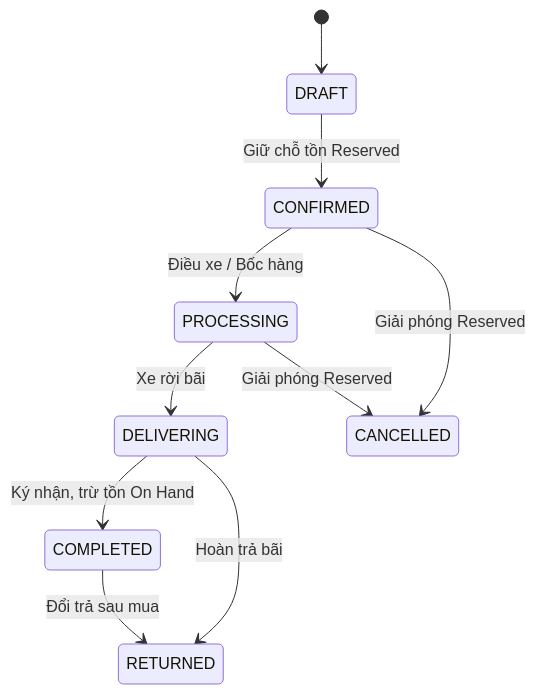
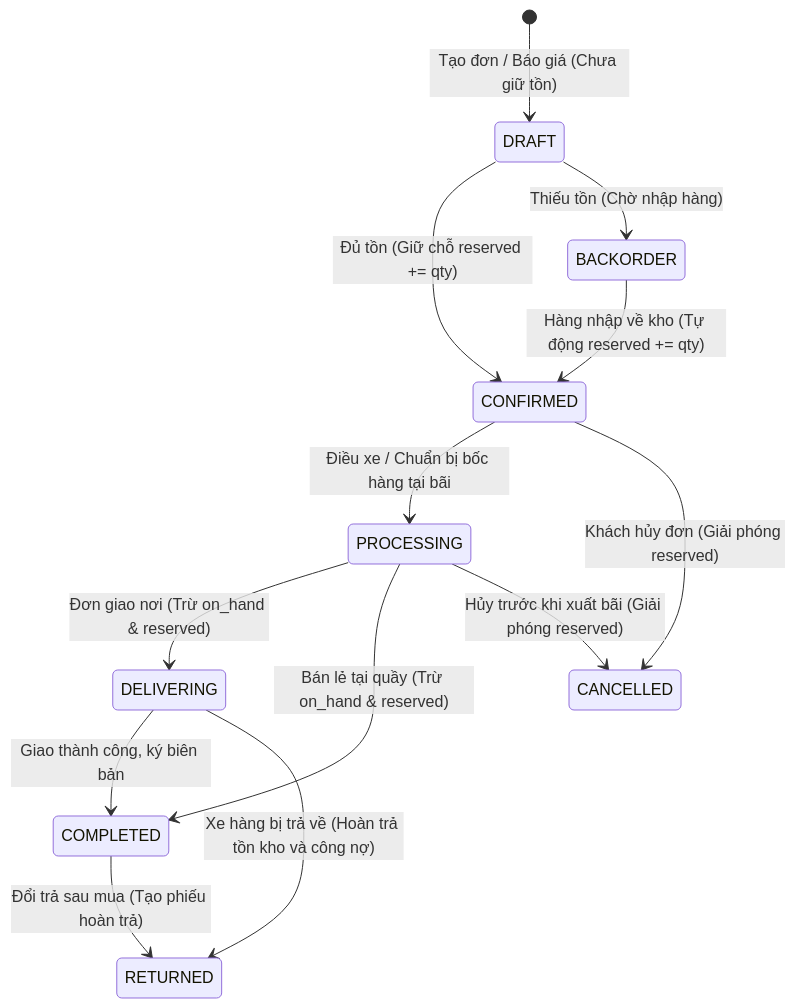
Before and after one commit to HomyHubs/vlxd: the diagram in docs/adr/0007-immutable-ledgers-and-state-machines.md, drawn with Mermaid. The commit also changed other lines of this file and 8 other files, not shown here.

````diff
--- a/docs/adr/0007-immutable-ledgers-and-state-machines.md
+++ b/docs/adr/0007-immutable-ledgers-and-state-machines.md
@@ -59,12 +63,15 @@
 ```mermaid
 stateDiagram-v2
-    [*] --> DRAFT
-    DRAFT --> CONFIRMED: Giữ chỗ tồn Reserved
-    CONFIRMED --> PROCESSING: Điều xe / Bốc hàng
-    PROCESSING --> DELIVERING: Xe rời bãi
-    DELIVERING --> COMPLETED: Ký nhận, trừ tồn On Hand
-    CONFIRMED --> CANCELLED: Giải phóng Reserved
-    PROCESSING --> CANCELLED: Giải phóng Reserved
-    DELIVERING --> RETURNED: Hoàn trả bãi
-    COMPLETED --> RETURNED: Đổi trả sau mua
+    [*] --> DRAFT: Tạo đơn / Báo giá (Chưa giữ tồn)
+    DRAFT --> CONFIRMED: Đủ tồn (Giữ chỗ reserved += qty)
+    DRAFT --> BACKORDER: Thiếu tồn (Chờ nhập hàng)
+    BACKORDER --> CONFIRMED: Hàng nhập về kho (Tự động reserved += qty)
+    CONFIRMED --> PROCESSING: Điều xe / Chuẩn bị bốc hàng tại bãi
+    PROCESSING --> DELIVERING: Đơn giao nơi (Trừ on_hand & reserved)
+    PROCESSING --> COMPLETED: Bán lẻ tại quầy (Trừ on_hand & reserved)
+    DELIVERING --> COMPLETED: Giao thành công, ký biên bản
+    CONFIRMED --> CANCELLED: Khách hủy đơn (Giải phóng reserved)
+    PROCESSING --> CANCELLED: Hủy trước khi xuất bãi (Giải phóng reserved)
+    DELIVERING --> RETURNED: Xe hàng bị trả về (Hoàn trả tồn kho và công nợ)
+    COMPLETED --> RETURNED: Đổi trả sau mua (Tạo phiếu hoàn trả)
 ```
````
